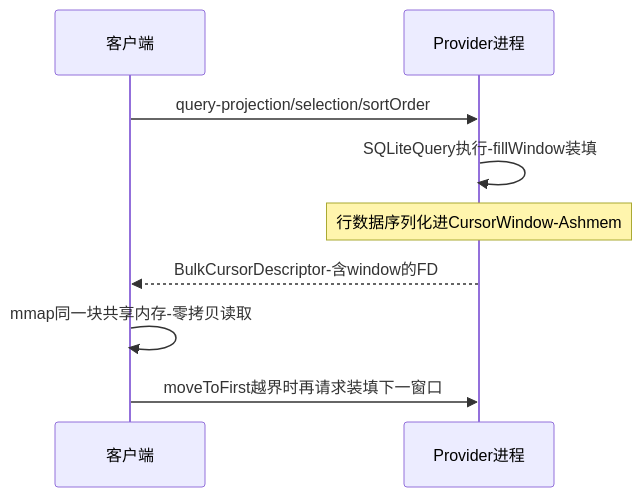
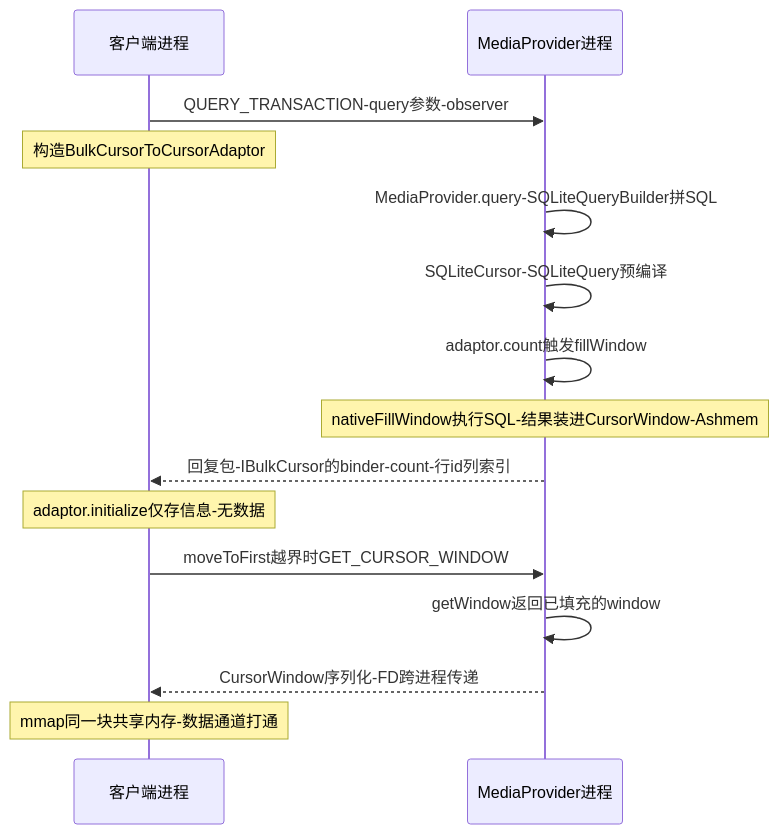
The fourth of 4 diagrams in Android/深入理解Android卷II/06-深入理解ContentProvider.md (coswit/coswit.github.io), drawn with Mermaid before and after one commit. The commit also changed other lines of this file and 7 other files, not shown here.

````diff
--- a/Android/深入理解Android卷II/06-深入理解ContentProvider.md
+++ b/Android/深入理解Android卷II/06-深入理解ContentProvider.md
@@ -113,11 +1173,17 @@
 ```mermaid
 sequenceDiagram
-    participant App as 客户端
-    participant CP as Provider进程
-    App->>CP: query-projection/selection/sortOrder
-    CP->>CP: SQLiteQuery执行-fillWindow装填
-    Note over CP: 行数据序列化进CursorWindow-Ashmem
-    CP-->>App: BulkCursorDescriptor-含window的FD
-    App->>App: mmap同一块共享内存-零拷贝读取
-    App->>CP: moveToFirst越界时再请求装填下一窗口
+    participant App as 客户端进程
+    participant CP as MediaProvider进程
+    App->>CP: QUERY_TRANSACTION-query参数-observer
+    Note over App: 构造BulkCursorToCursorAdaptor
+    CP->>CP: MediaProvider.query-SQLiteQueryBuilder拼SQL
+    CP->>CP: SQLiteCursor-SQLiteQuery预编译
+    CP->>CP: adaptor.count触发fillWindow
+    Note over CP: nativeFillWindow执行SQL-结果装进CursorWindow-Ashmem
+    CP-->>App: 回复包-IBulkCursor的binder-count-行id列索引
+    Note over App: adaptor.initialize仅存信息-无数据
+    App->>CP: moveToFirst越界时GET_CURSOR_WINDOW
+    CP->>CP: getWindow返回已填充的window
+    CP-->>App: CursorWindow序列化-FD跨进程传递
+    Note over App: mmap同一块共享内存-数据通道打通
 ```
````
